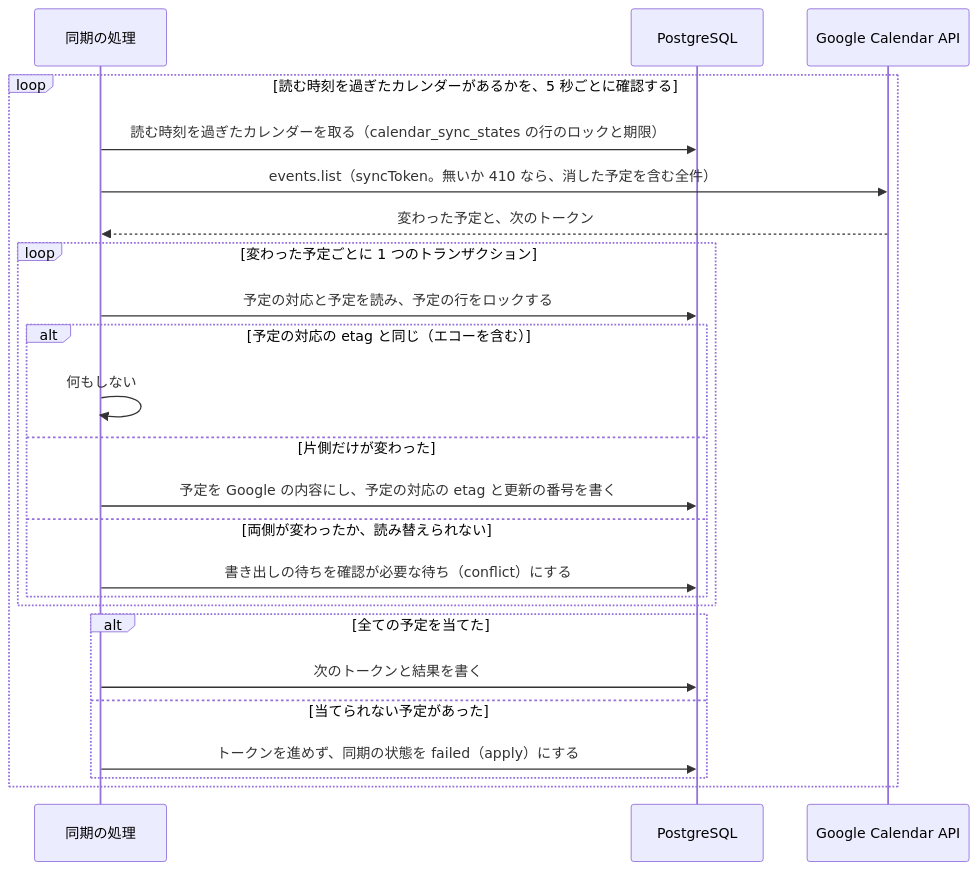
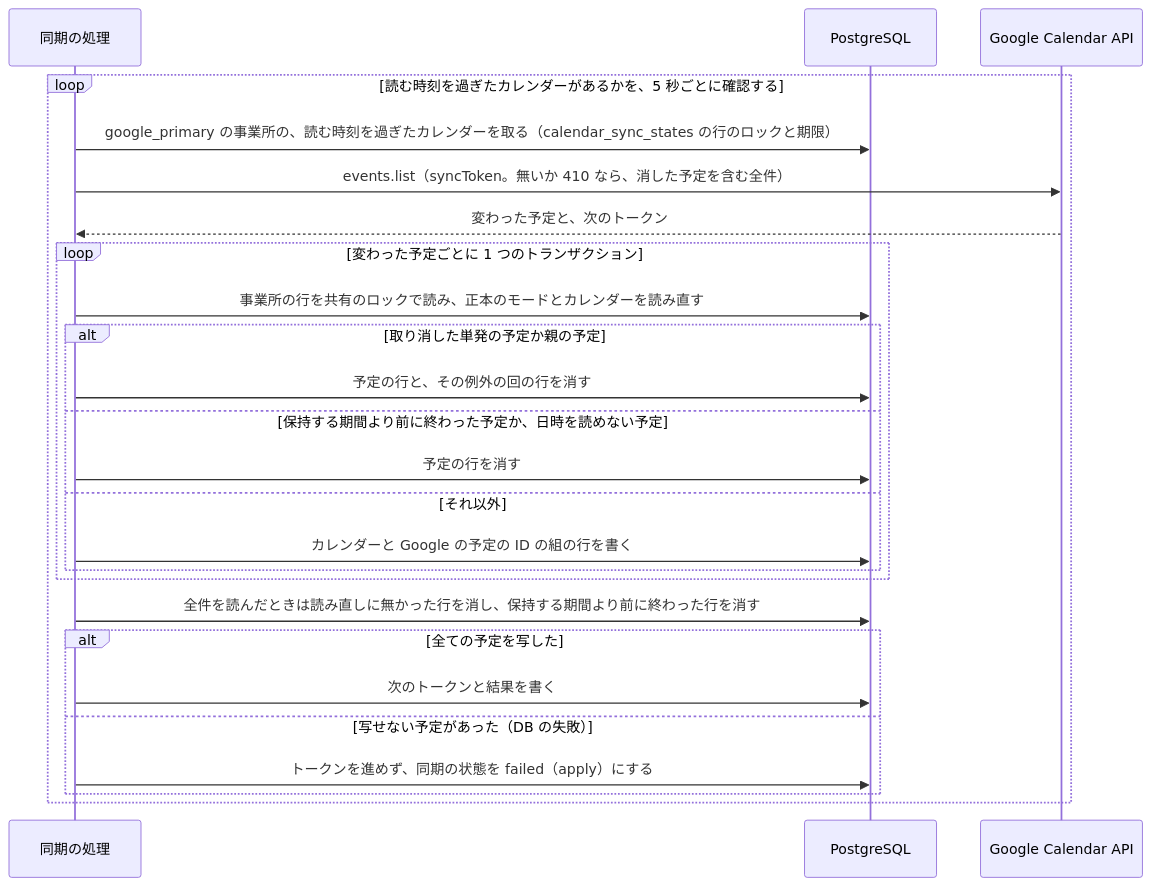
The third of 5 diagrams in services/schedule/internal/features/calendar/DesignDoc.md (Fukuemon/buddy), drawn with Mermaid before and after one commit. The commit also changed other lines of this file and 54 other files, not shown here.

First line of the commit message:
feat(schedule): google_primary の事業所の予定を同期で Projection に写す #657

````diff
--- a/services/schedule/internal/features/calendar/DesignDoc.md
+++ b/services/schedule/internal/features/calendar/DesignDoc.md
@@ -419,26 +428,27 @@
 ```mermaid
 sequenceDiagram
   participant s as 同期の処理
   participant db as PostgreSQL
   participant g as Google Calendar API
   loop 読む時刻を過ぎたカレンダーがあるかを、5 秒ごとに確認する
-    s->>db: 読む時刻を過ぎたカレンダーを取る（calendar_sync_states の行のロックと期限）
+    s->>db: google_primary の事業所の、読む時刻を過ぎたカレンダーを取る（calendar_sync_states の行のロックと期限）
     s->>g: events.list（syncToken。無いか 410 なら、消した予定を含む全件）
     g-->>s: 変わった予定と、次のトークン
     loop 変わった予定ごとに 1 つのトランザクション
-      s->>db: 予定の対応と予定を読み、予定の行をロックする
-      alt 予定の対応の etag と同じ（エコーを含む）
-        s->>s: 何もしない
-      else 片側だけが変わった
-        s->>db: 予定を Google の内容にし、予定の対応の etag と更新の番号を書く
-      else 両側が変わったか、読み替えられない
-        s->>db: 書き出しの待ちを確認が必要な待ち（conflict）にする
+      s->>db: 事業所の行を共有のロックで読み、正本のモードとカレンダーを読み直す
+      alt 取り消した単発の予定か親の予定
+        s->>db: 予定の行と、その例外の回の行を消す
+      else 保持する期間より前に終わった予定か、日時を読めない予定
+        s->>db: 予定の行を消す
+      else それ以外
+        s->>db: カレンダーと Google の予定の ID の組の行を書く
       end
     end
-    alt 全ての予定を当てた
+    s->>db: 全件を読んだときは読み直しに無かった行を消し、保持する期間より前に終わった行を消す
+    alt 全ての予定を写した
       s->>db: 次のトークンと結果を書く
-    else 当てられない予定があった
+    else 写せない予定があった（DB の失敗）
       s->>db: トークンを進めず、同期の状態を failed（apply）にする
     end
   end
 ```
````
